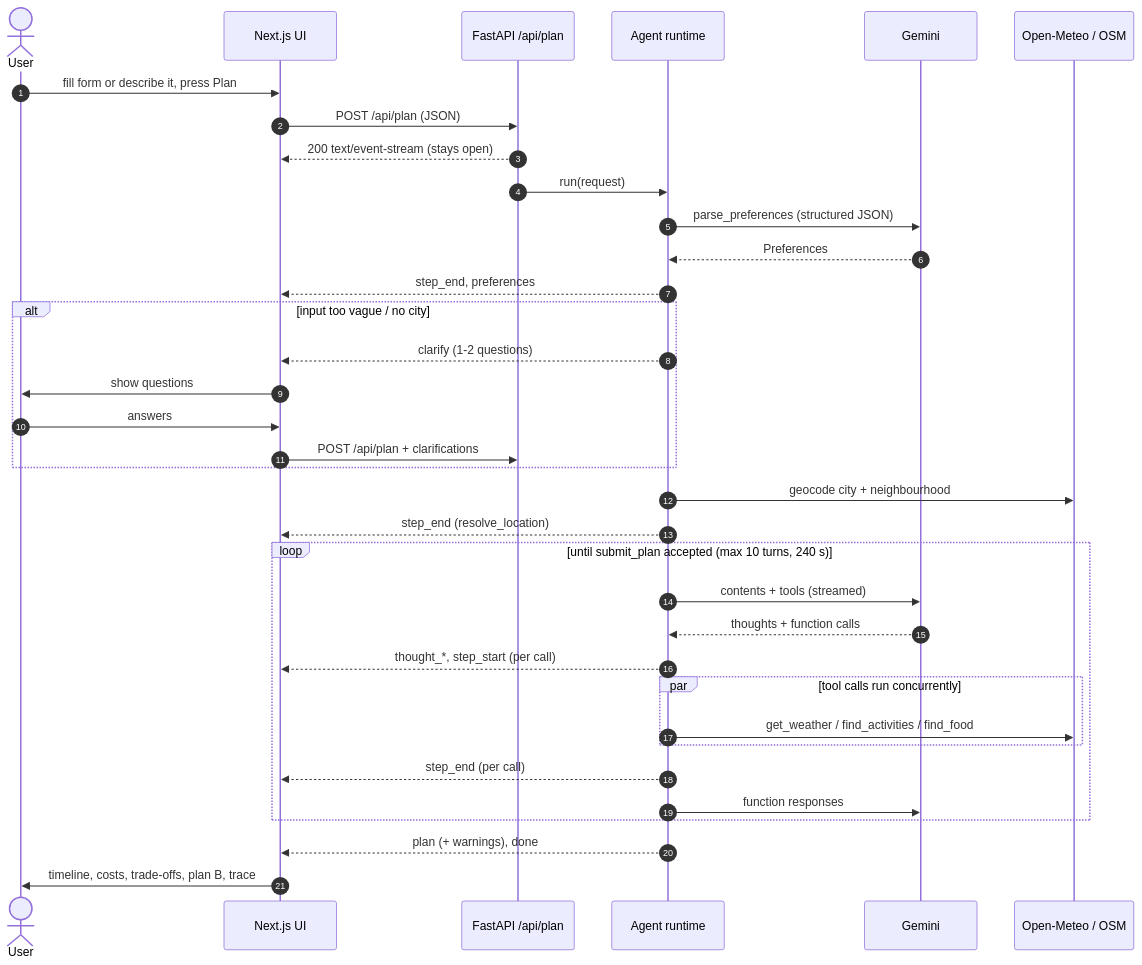
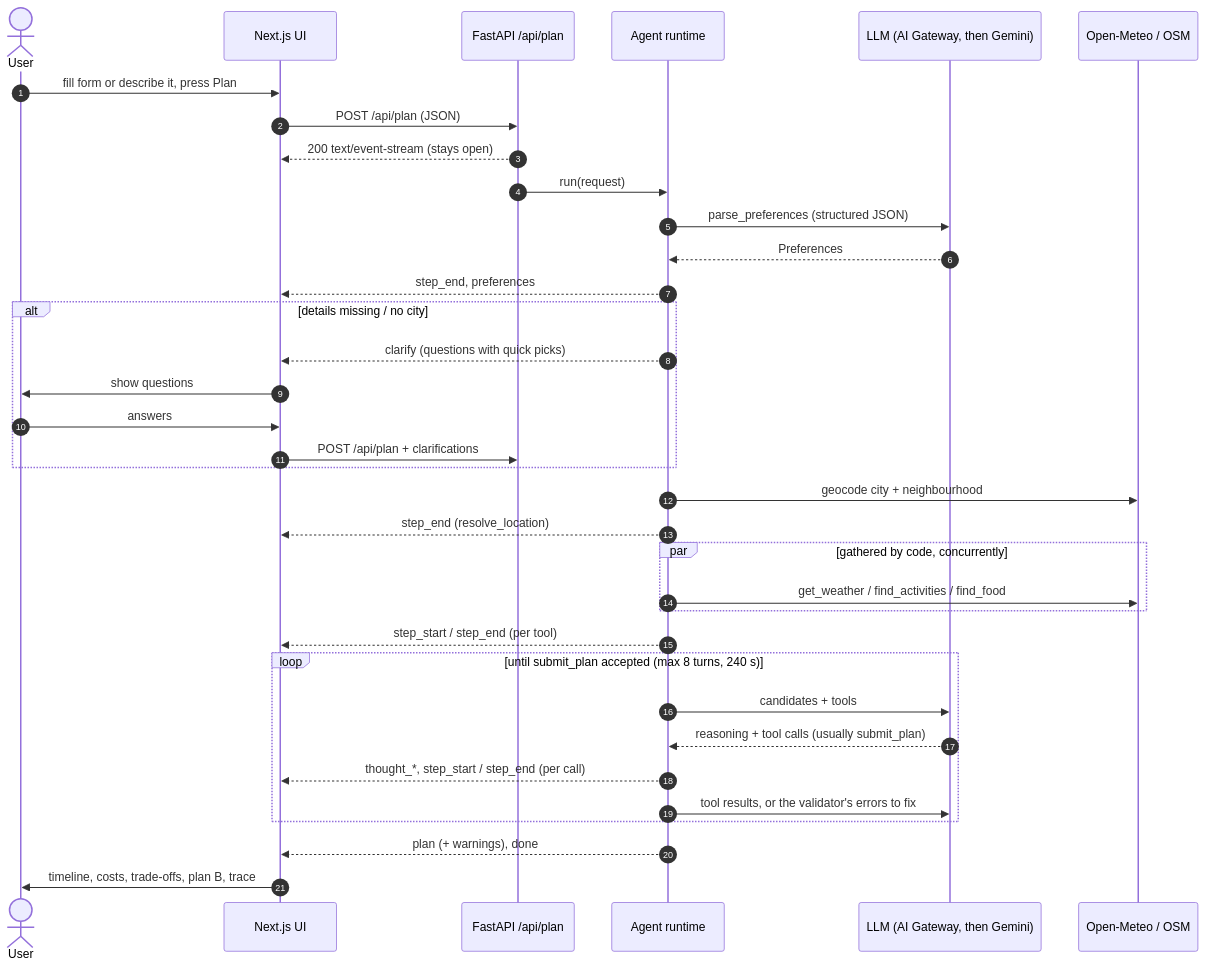
The second of 4 diagrams in docs/SYSTEM_DESIGN.md (valayash/perfect-saturday-planner), drawn with Mermaid before and after one commit. The commit also changed other lines of this file and 17 other files, not shown here.

````diff
--- a/docs/SYSTEM_DESIGN.md
+++ b/docs/SYSTEM_DESIGN.md
@@ -63,42 +63,43 @@
 ```mermaid
 sequenceDiagram
     autonumber
     actor User
     participant UI as Next.js UI
     participant API as FastAPI /api/plan
     participant Agent as Agent runtime
-    participant Gemini
+    participant LLM as LLM (AI Gateway, then Gemini)
     participant Data as Open-Meteo / OSM
 
     User->>UI: fill form or describe it, press Plan
     UI->>API: POST /api/plan (JSON)
     API-->>UI: 200 text/event-stream (stays open)
     API->>Agent: run(request)
 
-    Agent->>Gemini: parse_preferences (structured JSON)
-    Gemini-->>Agent: Preferences
+    Agent->>LLM: parse_preferences (structured JSON)
+    LLM-->>Agent: Preferences
     Agent-->>UI: step_end, preferences
-    alt input too vague / no city
-        Agent-->>UI: clarify (1-2 questions)
+    alt details missing / no city
+        Agent-->>UI: clarify (questions with quick picks)
         UI->>User: show questions
         User->>UI: answers
         UI->>API: POST /api/plan + clarifications
     end
 
     Agent->>Data: geocode city + neighbourhood
     Agent-->>UI: step_end (resolve_location)
 
-    loop until submit_plan accepted (max 10 turns, 240 s)
-        Agent->>Gemini: contents + tools (streamed)
-        Gemini-->>Agent: thoughts + function calls
-        Agent-->>UI: thought_*, step_start (per call)
-        par tool calls run concurrently
-            Agent->>Data: get_weather / find_activities / find_food
-        end
-        Agent-->>UI: step_end (per call)
-        Agent->>Gemini: function responses
+    par gathered by code, concurrently
+        Agent->>Data: get_weather / find_activities / find_food
+    end
+    Agent-->>UI: step_start / step_end (per tool)
+
+    loop until submit_plan accepted (max 8 turns, 240 s)
+        Agent->>LLM: candidates + tools
+        LLM-->>Agent: reasoning + tool calls (usually submit_plan)
+        Agent-->>UI: thought_*, step_start / step_end (per call)
+        Agent->>LLM: tool results, or the validator's errors to fix
     end
 
     Agent-->>UI: plan (+ warnings), done
     UI->>User: timeline, costs, trade-offs, plan B, trace
 ```
````
